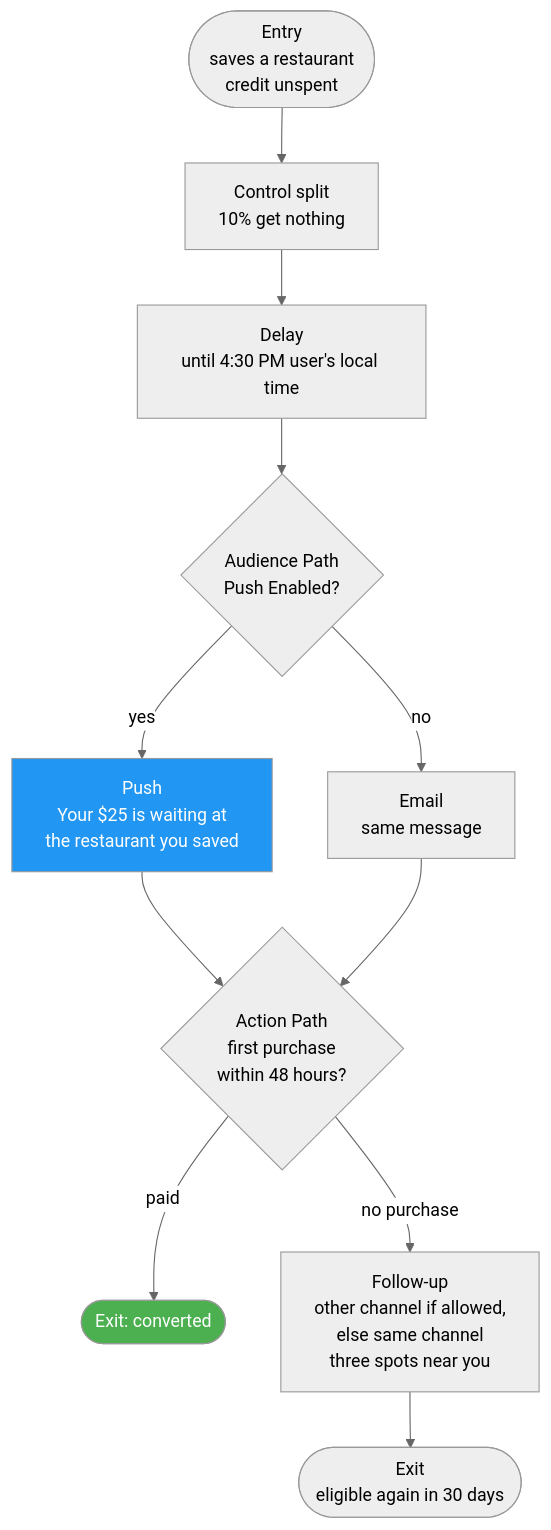
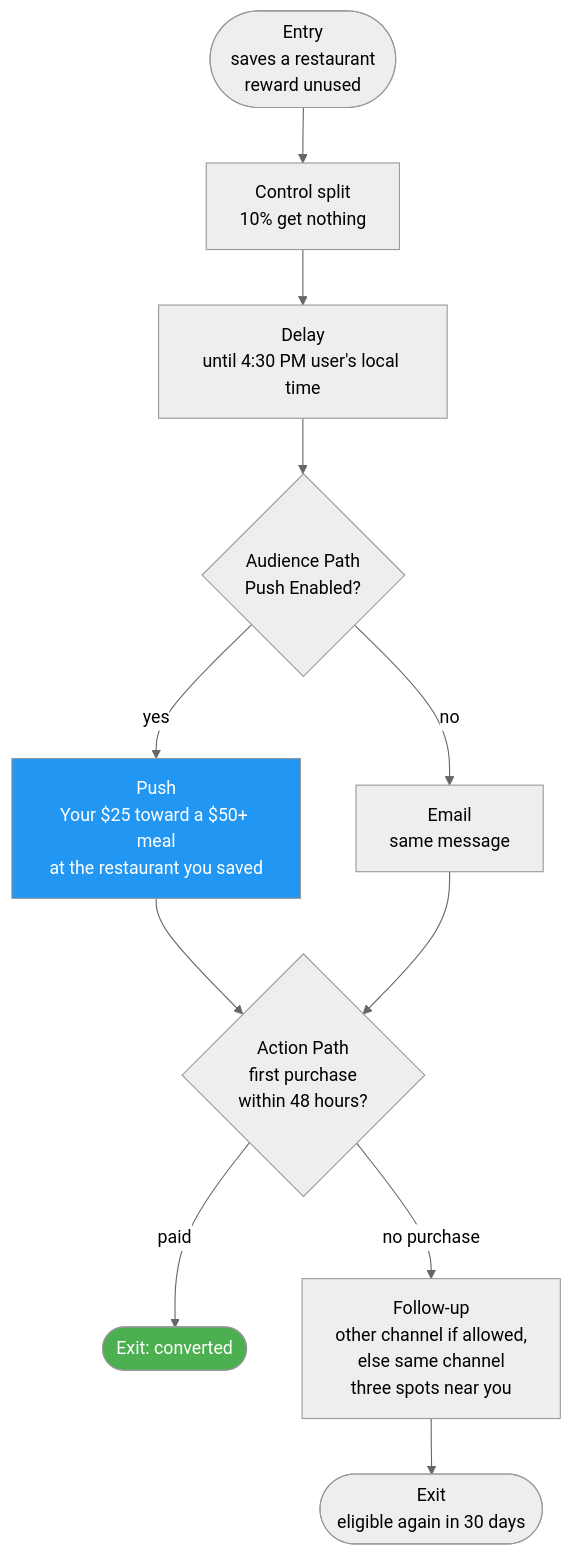
The diagram in 02-journey.md (arndvs/inkind-first-credit-journey), drawn with Mermaid (neutral theme) before and after one commit. The commit also changed other lines of this file and 4 other files, not shown here.

First line of the commit message:
Model the referral reward ($25 toward a $50+ meal) instead of a wallet balance

````diff
--- a/02-journey.md
+++ b/02-journey.md
@@ -38,16 +39,16 @@
 ```mermaid
 flowchart TD
-    A(["Entry<br/>saves a restaurant<br/>credit unspent"]) --> B["Control split<br/>10% get nothing"]
+    A(["Entry<br/>saves a restaurant<br/>reward unused"]) --> B["Control split<br/>10% get nothing"]
     B --> C["Delay<br/>until 4:30 PM user's local time"]
     C --> D{"Audience Path<br/>Push Enabled?"}
-    D -->|"yes"| E["Push<br/>Your $25 is waiting at<br/>the restaurant you saved"]
+    D -->|"yes"| E["Push<br/>Your $25 toward a $50+ meal<br/>at the restaurant you saved"]
     D -->|"no"| F["Email<br/>same message"]
     E --> G{"Action Path<br/>first purchase<br/>within 48 hours?"}
     F --> G
     G -->|"paid"| H(["Exit: converted"])
     G -->|"no purchase"| I["Follow-up<br/>other channel if allowed,<br/>else same channel<br/>three spots near you"]
     I --> J(["Exit<br/>eligible again in 30 days"])
 
     style E fill:#2196f3,color:#fff
     style H fill:#4caf50,color:#fff
 ```
````
